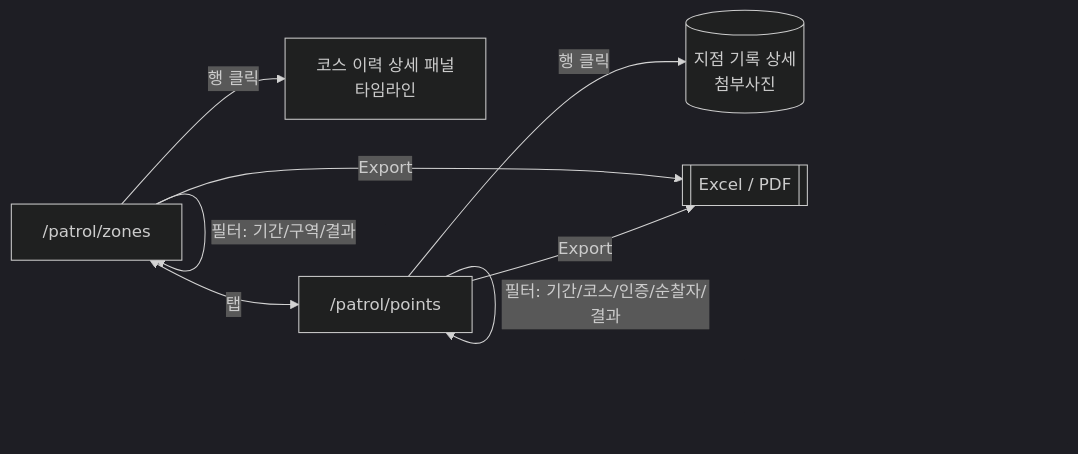
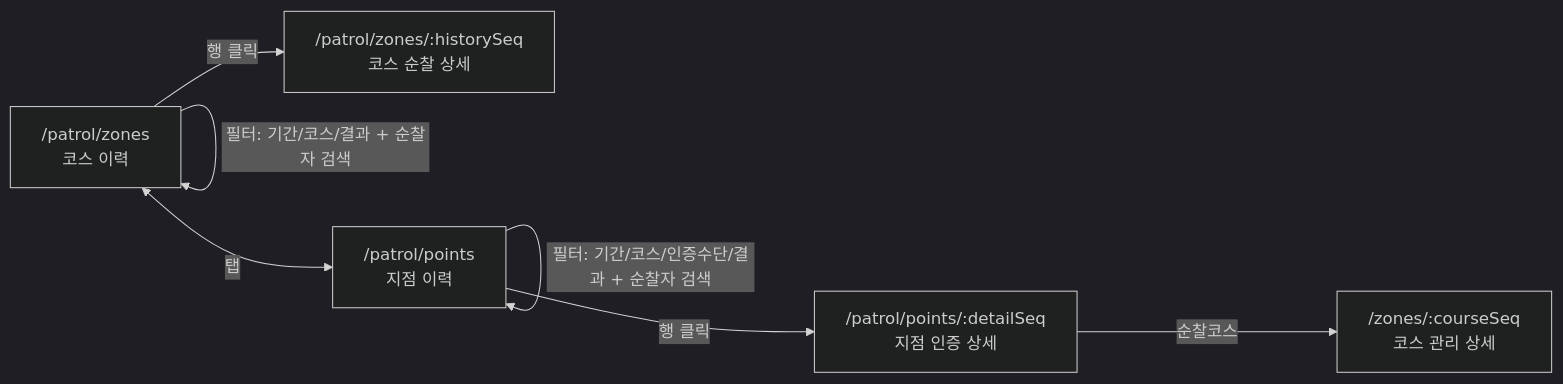
One commit to S-Tec-System-R-D/s-patrol_fe changed the seventh of 15 diagrams in docs/flow.md. Above: the diagram before and after it, drawn with Mermaid. The commit also changed other lines of this file and 7 other files, not shown here.

````diff
--- a/docs/flow.md
+++ b/docs/flow.md
@@ -227,11 +234,10 @@
 ```mermaid
 %%{init: {'theme':'dark'}}%%
 flowchart LR
-    A["/patrol/zones"] -- "필터: 기간/구역/결과" --> A
-    A -- 행 클릭 --> B[코스 이력 상세 패널<br/>타임라인]
-    A <-->|탭| C["/patrol/points"]
-    C -- "필터: 기간/코스/인증/순찰자/결과" --> C
-    C -- 행 클릭 --> D[(지점 기록 상세<br/>첨부사진)]
-    A -- "Export" --> E[["Excel / PDF"]]
-    C -- "Export" --> E
+    A["/patrol/zones<br/>코스 이력"] -- "필터: 기간/코스/결과 + 순찰자 검색" --> A
+    A -- 행 클릭 --> B["/patrol/zones/:historySeq<br/>코스 순찰 상세"]
+    A <-->|탭| C["/patrol/points<br/>지점 이력"]
+    C -- "필터: 기간/코스/인증수단/결과 + 순찰자 검색" --> C
+    C -- 행 클릭 --> D["/patrol/points/:detailSeq<br/>지점 인증 상세"]
+    D -- "순찰코스" --> Z["/zones/:courseSeq<br/>코스 관리 상세"]
 ```
````
